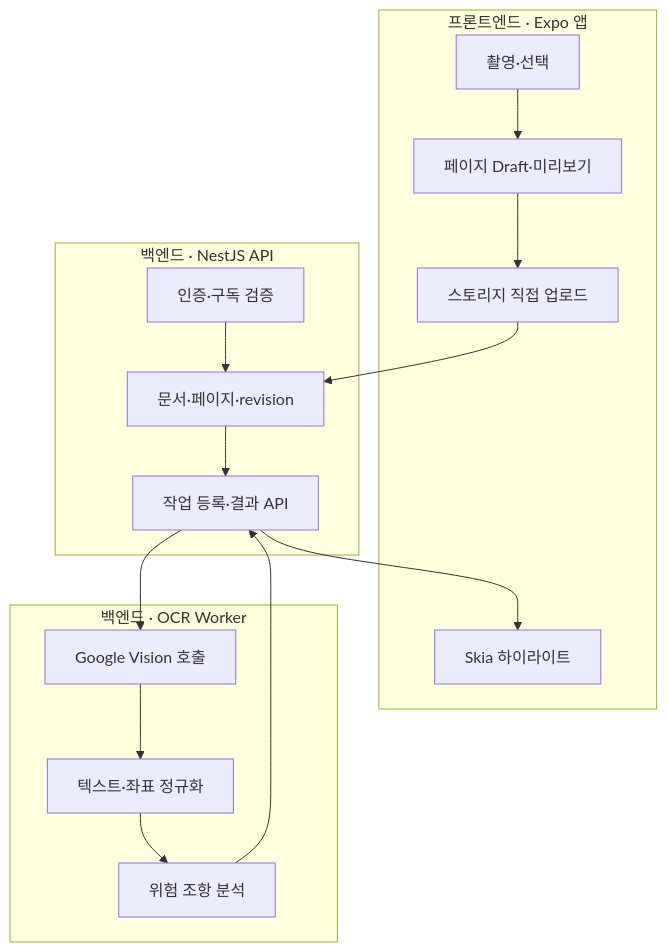
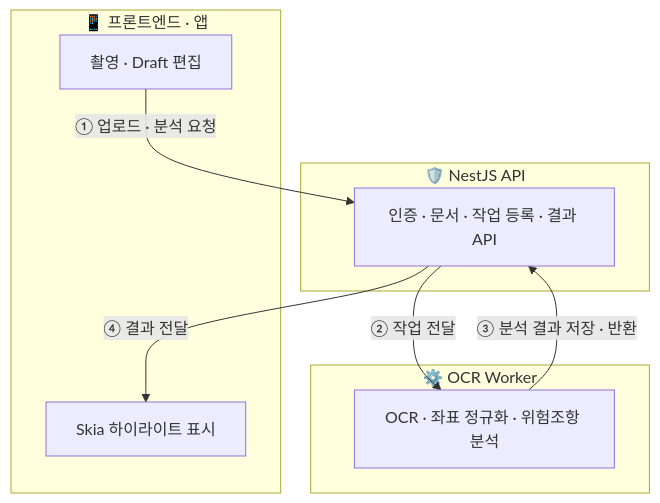
One commit to kyungchan3007/clause-lens changed the first of 5 diagrams in README.md. Above: the diagram before and after it, drawn with Mermaid. The commit also changed other lines of this file, not shown here.

Commit message:
docs: 나머지 다이어그램도 번호 순서·평문 설명으로 정리
- 책임 흐름: 3계층 소유권 유지하되 ①~④ 단방향 번호 흐름으로 단순화
- 상태 동기화: 서버·캐시·Draft·화면 관계를 ①~⑤ 번호 순환으로 정리
- 전체 분석 흐름·페이지 교체 흐름(시퀀스): 위에 '한 줄 요약 + 단계' 평문 추가
  (시퀀스는 시간순이라 상세 참고용으로 유지)

````diff
--- a/README.md
+++ b/README.md
@@ -179,27 +181,18 @@
 ```mermaid
-flowchart TB
-    subgraph Frontend["프론트엔드 · Expo 앱"]
-        Capture["촬영·선택"]
-        Draft["페이지 Draft·미리보기"]
-        Upload["스토리지 직접 업로드"]
-        Highlight["Skia 하이라이트"]
+flowchart TD
+    subgraph FE["📱 프론트엔드 · 앱"]
+        A["촬영 · Draft 편집"]
+        Z["Skia 하이라이트 표시"]
+    end
+    subgraph AP["🛡️ NestJS API"]
+        B["인증 · 문서 · 작업 등록 · 결과 API"]
+    end
+    subgraph WK["⚙️ OCR Worker"]
+        C["OCR · 좌표 정규화 · 위험조항 분석"]
     end
 
-    subgraph APIArea["백엔드 · NestJS API"]
-        Auth["인증·구독 검증"]
-        Document["문서·페이지·revision"]
-        Job["작업 등록·결과 API"]
-    end
-
-    subgraph WorkerArea["백엔드 · OCR Worker"]
-        OCR["Google Vision 호출"]
-        Analyze["위험 조항 분석"]
-        Normalize["텍스트·좌표 정규화"]
-    end
-
-    Capture --> Draft --> Upload
-    Upload --> Document
-    Auth --> Document --> Job
-    Job --> OCR --> Normalize --> Analyze
-    Analyze --> Job --> Highlight
+    A -->|"① 업로드 · 분석 요청"| B
+    B -->|"② 작업 전달"| C
+    C -->|"③ 분석 결과 저장 · 반환"| B
+    B -->|"④ 결과 전달"| Z
 ```
````
